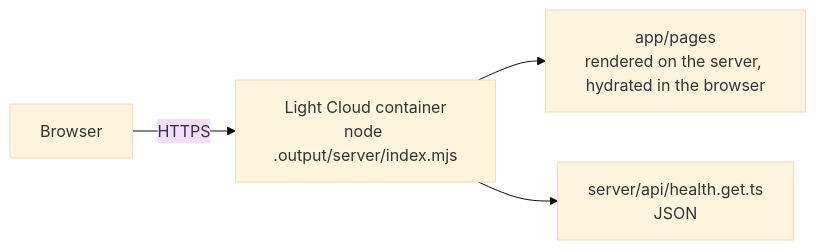
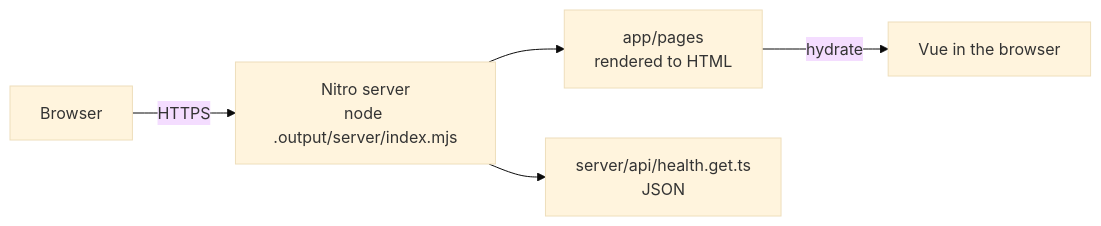
The diagram in starters/starter-nuxt/README.md (light-cloud-com/templates), drawn with Mermaid (base theme) before and after one commit. The commit also changed other lines of this file and 2 other files, not shown here.

````diff
--- a/starters/starter-nuxt/README.md
+++ b/starters/starter-nuxt/README.md
@@ -29,6 +116,7 @@
 ```mermaid
 flowchart LR
-    browser["Browser"] -->|HTTPS| server["Light Cloud container<br/>node .output/server/index.mjs"]
-    server --> pages["app/pages<br/>rendered on the server, hydrated in the browser"]
-    server --> api["server/api/health.get.ts<br/>JSON"]
+    browser["Browser"] -->|HTTPS| nitro["Nitro server<br/>node .output/server/index.mjs"]
+    nitro --> pages["app/pages<br/>rendered to HTML"]
+    nitro --> api["server/api/health.get.ts<br/>JSON"]
+    pages -->|hydrate| vue["Vue in the browser"]
 ```
````
